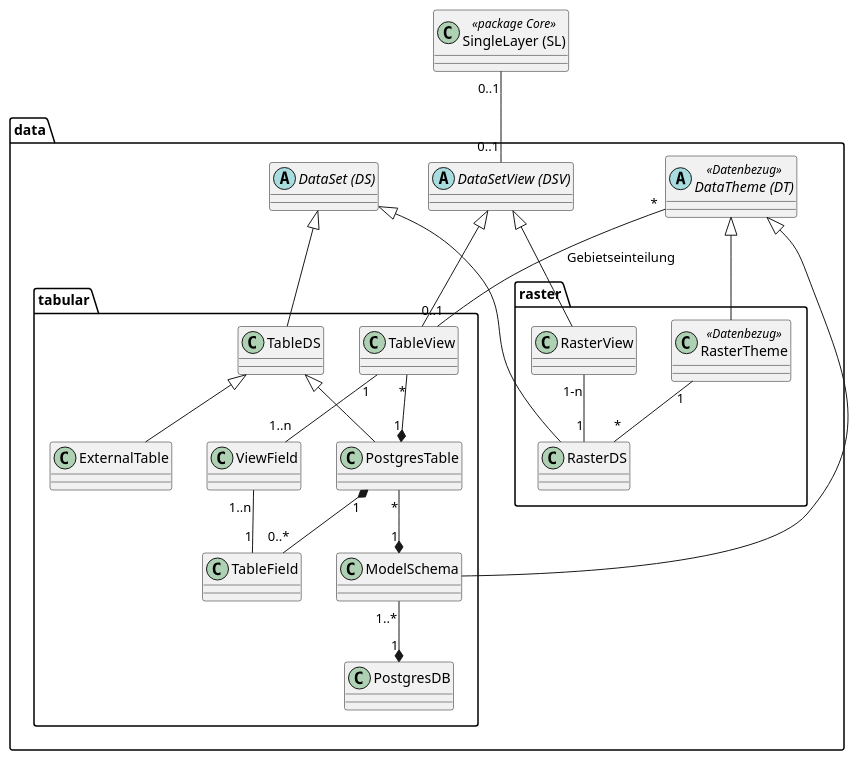
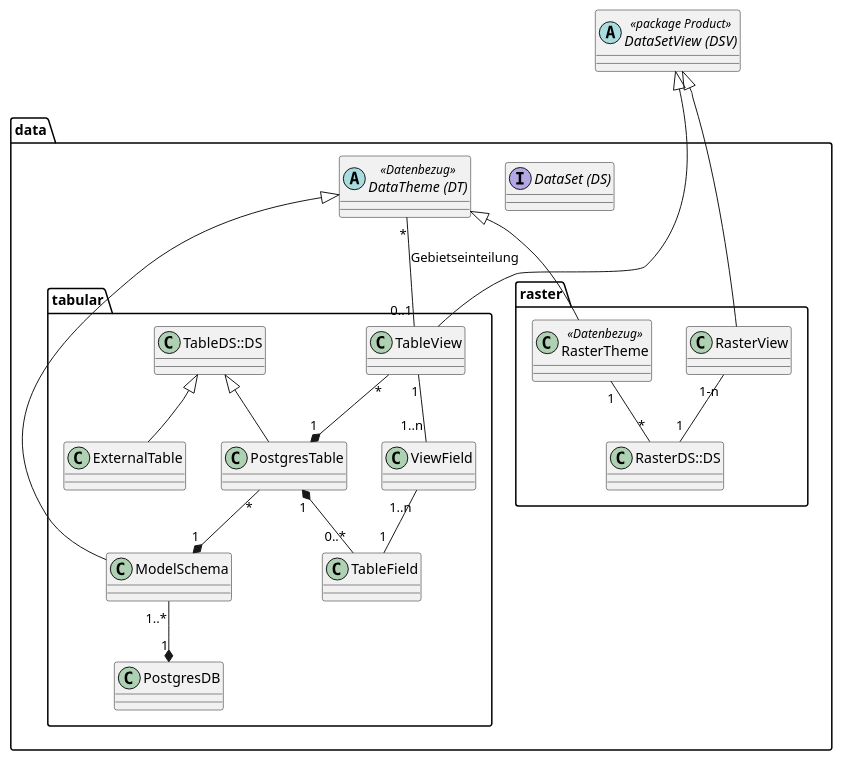
One commit to sogis/simi changed the diagram in simi/doc/puml/src/simi_data.puml. Above: the diagram before and after it, drawn with PlantUML. The commit also changed 8 other files, not shown here.

Commit message:
sl2dsv: puml diagrams

```diff
--- a/simi/doc/puml/src/simi_data.puml
+++ b/simi/doc/puml/src/simi_data.puml
@@ -1,53 +1,51 @@
 @startuml
-class "SingleLayer (SL)" as sl << package Core >>
+abstract class "DataSetView (DSV)" as dsv << package Product >>
+
 package data {
-    abstract class "DataSetView (DSV)" as dsv
-    abstract class "DataSet (DS)" as ds
+
+    interface "DataSet (DS)" as ds
     abstract class "DataTheme (DT)" as dt << Datenbezug >>
 
     package tabular {
         class "TableView" as tv
-        class "TableDS" as tds
+        class "TableDS::DS" as tds
         class "PostgresTable" as pt
         class "ExternalTable" as et
-        class "TableDS" as tds
         class "PostgresDB" as pdb
         class "TableField" as tf
         class "ViewField" as vf
         class "ModelSchema" as ms
 
         tds <|-- pt
         tds <|-- et
 
         tv "*" --* "1" pt
 
         pt "*" --* "1" ms
         pt "1" *-- "0..*" tf
 
         tv "1" -- "1..n" vf
         vf "1..n" -- "1" tf
 
         ms "1..*" --* "1" pdb
     }
 
     package "raster"{
         class "RasterTheme" as rt << Datenbezug >>
         class "RasterView" as rv
-        class "RasterDS" as rds
+        class "RasterDS::DS" as rds
 
         rt "1" -- "*" rds
         rv "1-n" -- "1" rds
     }
     dt "*" -- "0..1" tv : Gebietseinteilung
 
     dt <|-- ms
     dt <|-- rt
 
+    dsv <|-- tv
     dsv <|-- rv
-    dsv <|-- tv
 
-    ds <|-- rds
-    ds <|-- tds
+    dsv -[hidden]-> ds
 }
-sl "0..1" -- "0..1" dsv
 @enduml
```
